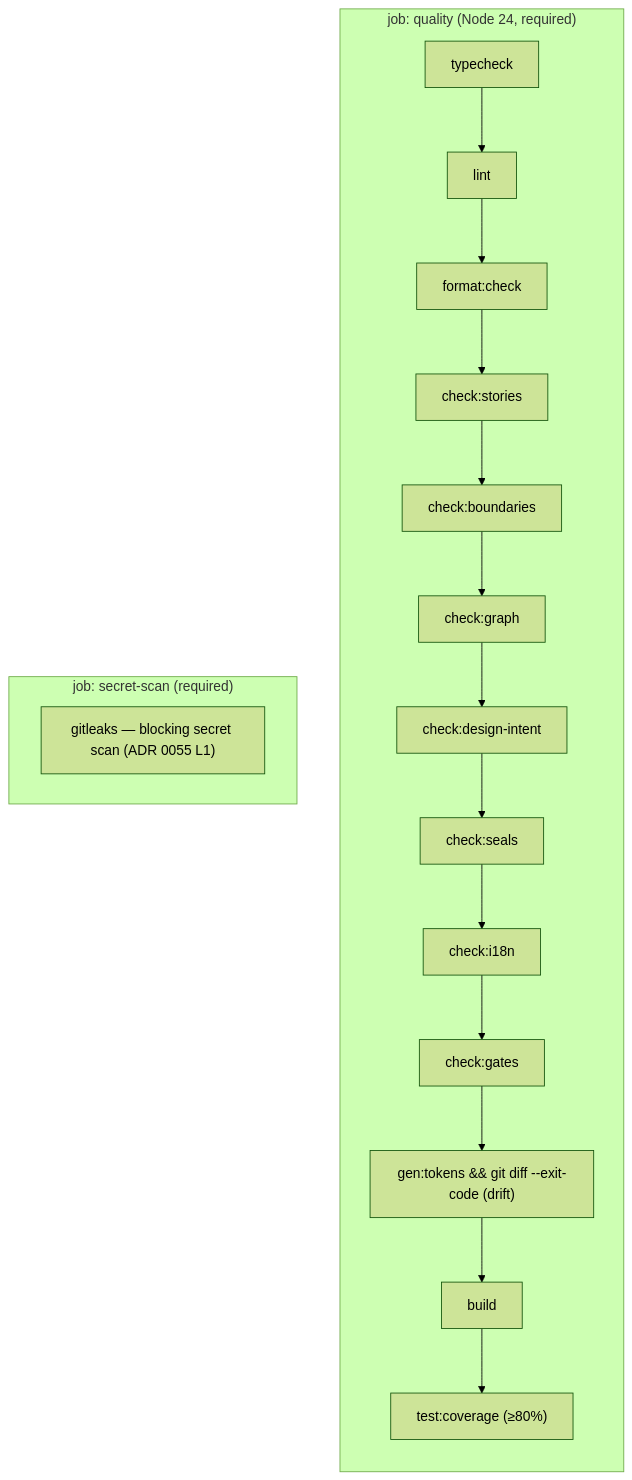
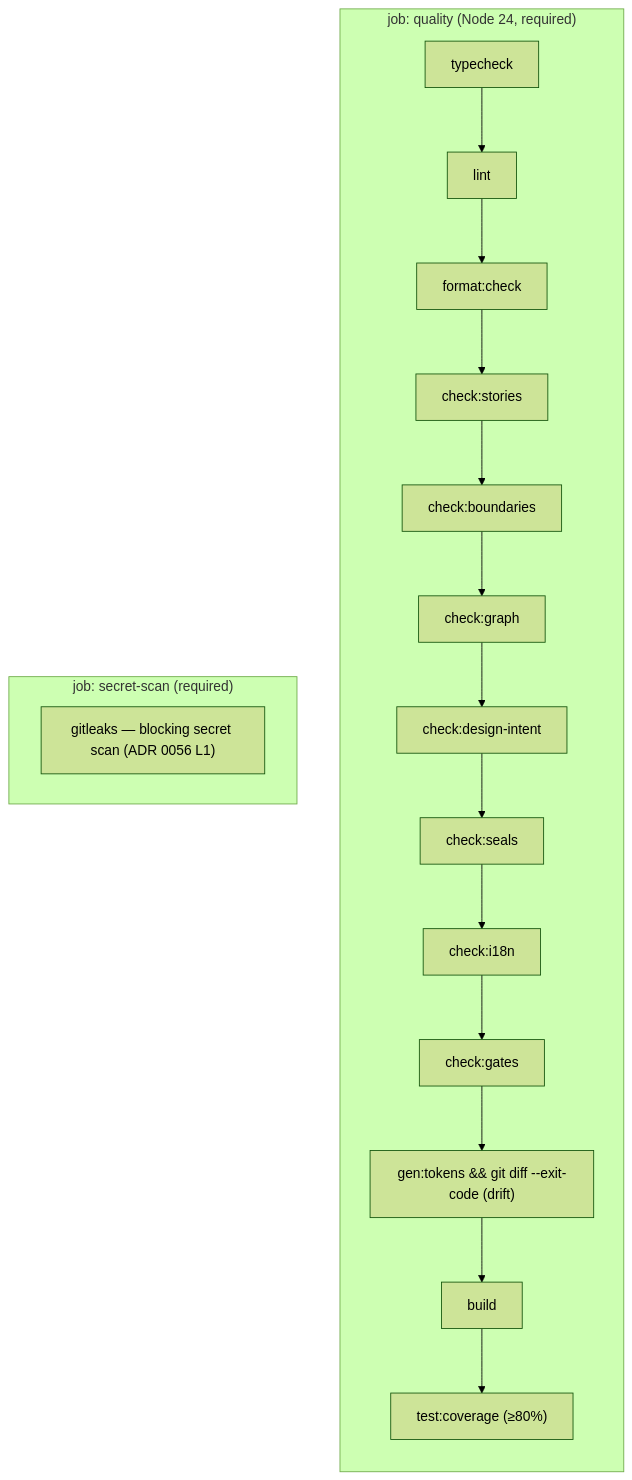
The fifth of 7 diagrams in AI-GUARDRAILS.md (real-case/claude-code-nextjs-starter), drawn with Mermaid (forest theme) before and after one commit. The commit also changed other lines of this file and 203 other files, not shown here.

````diff
--- a/AI-GUARDRAILS.md
+++ b/AI-GUARDRAILS.md
@@ -294,14 +293,14 @@
 ```mermaid
 flowchart TD
     subgraph quality["job: quality (Node 24, required)"]
         direction TB
         q1["typecheck"] --> q2["lint"] --> q3["format:check"] --> q4["check:stories"]
         q4 --> q5["check:boundaries"] --> q6["check:graph"] --> q7["check:design-intent"]
         q7 --> q8["check:seals"] --> q9["check:i18n"] --> q10["check:gates"]
         q10 --> q11["gen:tokens && git diff --exit-code (drift)"]
         q11 --> q12["build"] --> q13["test:coverage (≥80%)"]
     end
     subgraph scan["job: secret-scan (required)"]
-        sc["gitleaks — blocking secret scan (ADR 0055 L1)"]
+        sc["gitleaks — blocking secret scan (ADR 0056 L1)"]
     end
 ```
````
